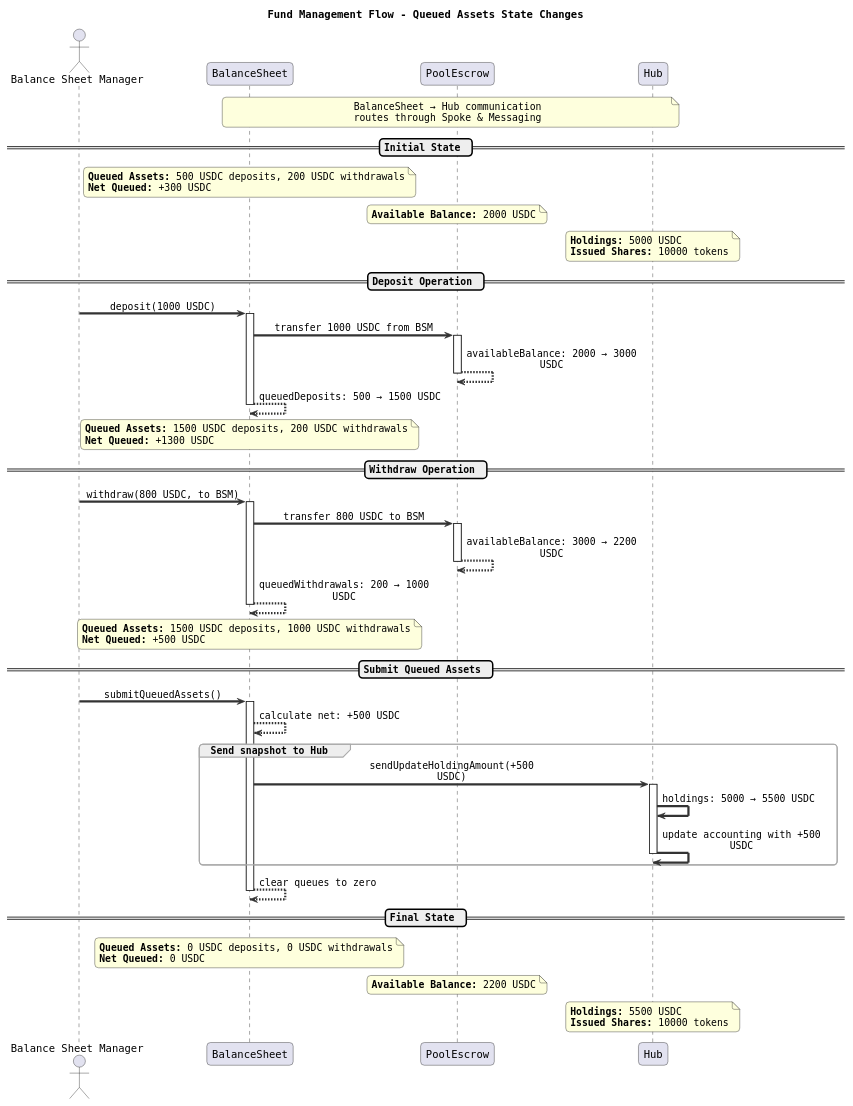
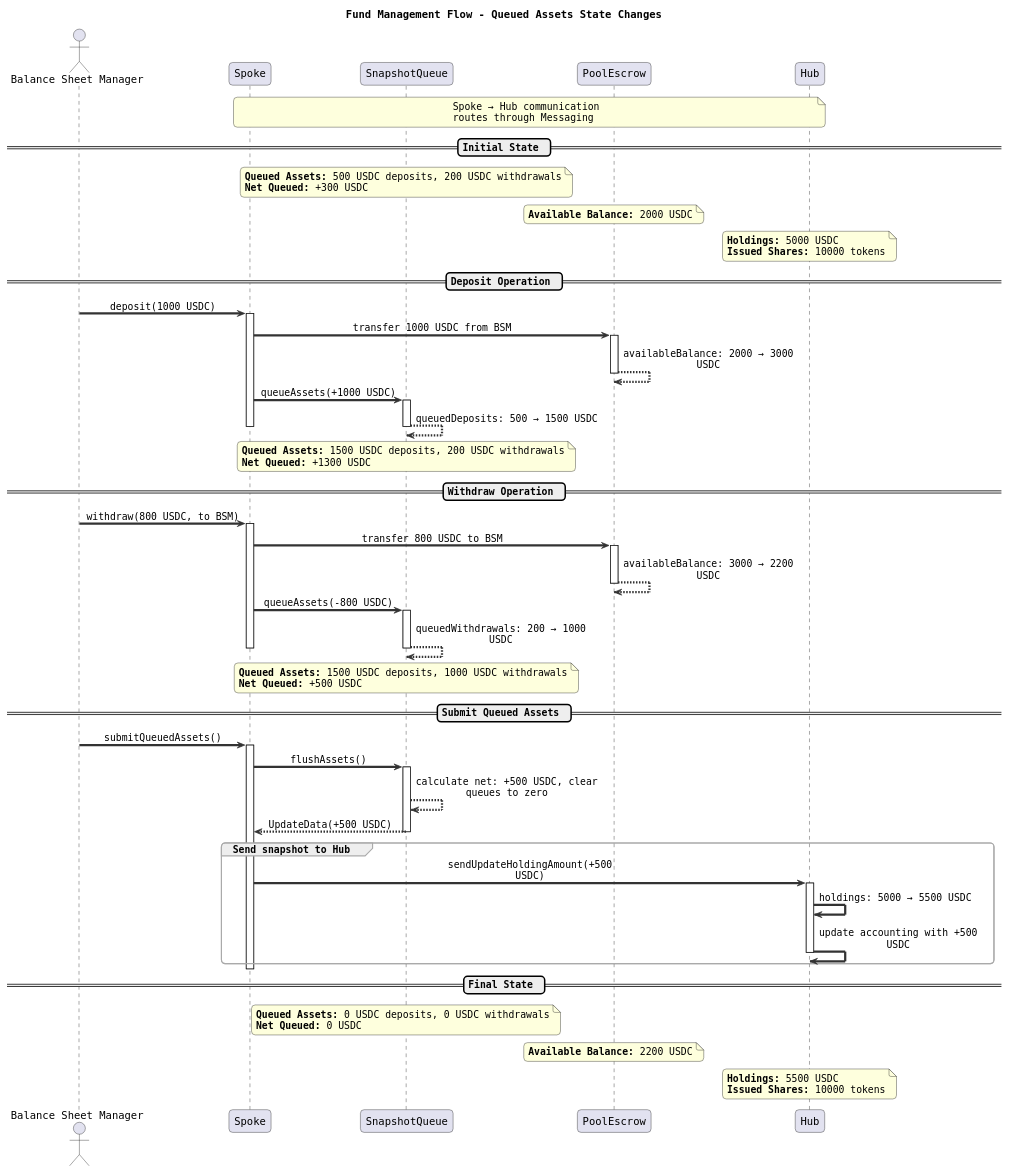
One commit to centrifuge/protocol changed the diagram in docs/architecture/core/spoke/balance-sheet.puml. Above: the diagram before and after it, drawn with PlantUML. The commit also changed 111 other files, not shown here.

Commit message:
Merge BalanceSheet into Spoke (#255)

```diff
--- a/docs/architecture/core/spoke/balance-sheet.puml
+++ b/docs/architecture/core/spoke/balance-sheet.puml
@@ -1,104 +1,114 @@
 @startuml
 title Fund Management Flow - Queued Assets State Changes
 
 skinparam sequenceArrowThickness 3
 skinparam backgroundColor white
 skinparam sequenceMessageAlign center
 skinparam maxMessageSize 250
 skinparam roundcorner 10
 skinparam shadowing false
 skinparam defaultFontName "Monospaced"
 
 skinparam sequence {
     ArrowColor #333333
     BoxBorderColor #999999
     BoxBackgroundColor #F9F9F9
     GroupBorderColor #AAAAAA
     GroupBackgroundColor #EEEEEE
 }
 
 actor "Balance Sheet Manager" as BSM
-participant BalanceSheet
+participant Spoke
+participant SnapshotQueue
 participant PoolEscrow
 participant "Hub" as Hub
 
-note over BalanceSheet, Hub
-    BalanceSheet → Hub communication
-    routes through Spoke & Messaging
+note over Spoke, Hub
+    Spoke → Hub communication
+    routes through Messaging
 end note
 
 == Initial State ==
-note over BalanceSheet
+note over SnapshotQueue
     **Queued Assets:** 500 USDC deposits, 200 USDC withdrawals
     **Net Queued:** +300 USDC
 end note
 
 note over PoolEscrow
     **Available Balance:** 2000 USDC
 end note
 
 note over Hub
     **Holdings:** 5000 USDC
     **Issued Shares:** 10000 tokens
 end note
 
 == Deposit Operation ==
-BSM -> BalanceSheet: deposit(1000 USDC)
-activate BalanceSheet
-BalanceSheet -> PoolEscrow: transfer 1000 USDC from BSM
+BSM -> Spoke: deposit(1000 USDC)
+activate Spoke
+Spoke -> PoolEscrow: transfer 1000 USDC from BSM
 activate PoolEscrow
 PoolEscrow --> PoolEscrow: availableBalance: 2000 → 3000 USDC
 deactivate PoolEscrow
-BalanceSheet --> BalanceSheet: queuedDeposits: 500 → 1500 USDC
-deactivate BalanceSheet
+Spoke -> SnapshotQueue: queueAssets(+1000 USDC)
+activate SnapshotQueue
+SnapshotQueue --> SnapshotQueue: queuedDeposits: 500 → 1500 USDC
+deactivate SnapshotQueue
+deactivate Spoke
 
-note over BalanceSheet
+note over SnapshotQueue
     **Queued Assets:** 1500 USDC deposits, 200 USDC withdrawals
     **Net Queued:** +1300 USDC
 end note
 
 == Withdraw Operation ==
-BSM -> BalanceSheet: withdraw(800 USDC, to BSM)
-activate BalanceSheet
-BalanceSheet -> PoolEscrow: transfer 800 USDC to BSM
+BSM -> Spoke: withdraw(800 USDC, to BSM)
+activate Spoke
+Spoke -> PoolEscrow: transfer 800 USDC to BSM
 activate PoolEscrow
 PoolEscrow --> PoolEscrow: availableBalance: 3000 → 2200 USDC
 deactivate PoolEscrow
-BalanceSheet --> BalanceSheet: queuedWithdrawals: 200 → 1000 USDC
-deactivate BalanceSheet
+Spoke -> SnapshotQueue: queueAssets(-800 USDC)
+activate SnapshotQueue
+SnapshotQueue --> SnapshotQueue: queuedWithdrawals: 200 → 1000 USDC
+deactivate SnapshotQueue
+deactivate Spoke
 
-note over BalanceSheet
+note over SnapshotQueue
     **Queued Assets:** 1500 USDC deposits, 1000 USDC withdrawals
     **Net Queued:** +500 USDC
 end note
 
 == Submit Queued Assets ==
-BSM -> BalanceSheet: submitQueuedAssets()
-activate BalanceSheet
-BalanceSheet --> BalanceSheet: calculate net: +500 USDC
+BSM -> Spoke: submitQueuedAssets()
+activate Spoke
+Spoke -> SnapshotQueue: flushAssets()
+activate SnapshotQueue
+SnapshotQueue --> SnapshotQueue: calculate net: +500 USDC, clear queues to zero
+SnapshotQueue --> Spoke: UpdateData(+500 USDC)
+deactivate SnapshotQueue
 group Send snapshot to Hub
-BalanceSheet -> Hub: sendUpdateHoldingAmount(+500 USDC)
+Spoke -> Hub: sendUpdateHoldingAmount(+500 USDC)
 activate Hub
 Hub -> Hub: holdings: 5000 → 5500 USDC
 Hub -> Hub: update accounting with +500 USDC
 deactivate Hub
 end
-BalanceSheet --> BalanceSheet: clear queues to zero
-deactivate BalanceSheet
+deactivate Spoke
 
 == Final State ==
-note over BalanceSheet
+note over SnapshotQueue
     **Queued Assets:** 0 USDC deposits, 0 USDC withdrawals
     **Net Queued:** 0 USDC
 end note
 
 note over PoolEscrow
     **Available Balance:** 2200 USDC
 end note
 
 note over Hub
     **Holdings:** 5500 USDC
     **Issued Shares:** 10000 tokens
 end note
 
-@enduml 
+@enduml
```
